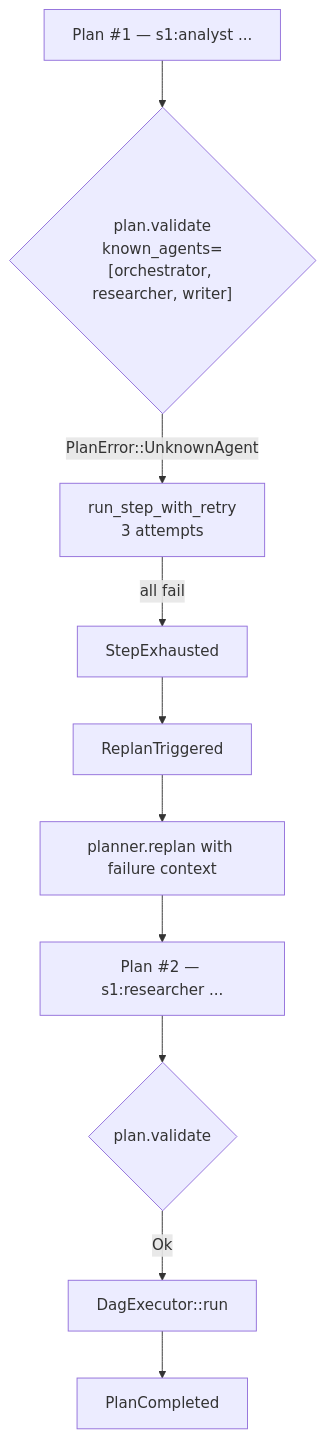
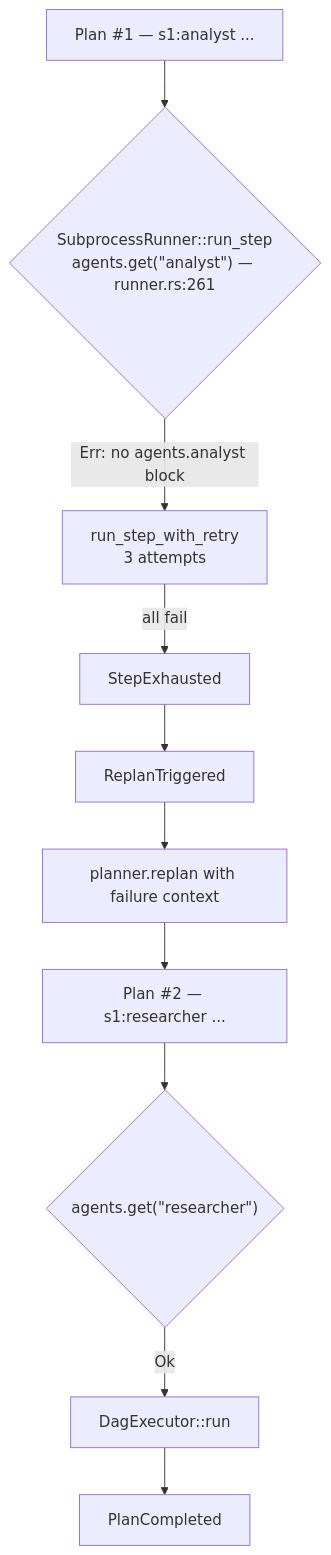
The seventh of 10 diagrams in docs/orchestrator-pipeline.md (DemidovVladimir/tengu-cluster), drawn with Mermaid before and after one commit. The commit also changed other lines of this file and 125 other files, not shown here.

````diff
--- a/docs/orchestrator-pipeline.md
+++ b/docs/orchestrator-pipeline.md
@@ -423,12 +446,12 @@
 ```mermaid
 flowchart TB
-    A["Plan #1 — s1:analyst ..."] --> B{"plan.validate<br/>known_agents=[orchestrator, researcher, writer]"}
-    B -->|PlanError::UnknownAgent| C["run_step_with_retry<br/>3 attempts"]
+    A["Plan #1 — s1:analyst ..."] --> B{"SubprocessRunner::run_step<br/>agents.get(&quot;analyst&quot;) — runner.rs:261"}
+    B -->|Err: no agents.analyst block| C["run_step_with_retry<br/>3 attempts"]
     C -->|all fail| D["StepExhausted"]
     D --> E["ReplanTriggered"]
     E --> F["planner.replan with failure context"]
     F --> G["Plan #2 — s1:researcher ..."]
-    G --> H{"plan.validate"}
+    G --> H{"agents.get(&quot;researcher&quot;)"}
     H -->|Ok| I["DagExecutor::run"]
     I --> J["PlanCompleted"]
 ```
````
